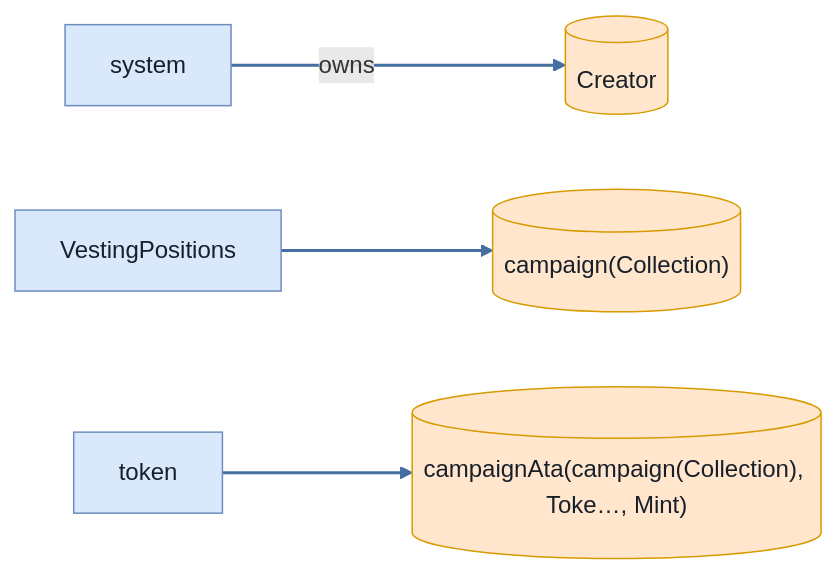
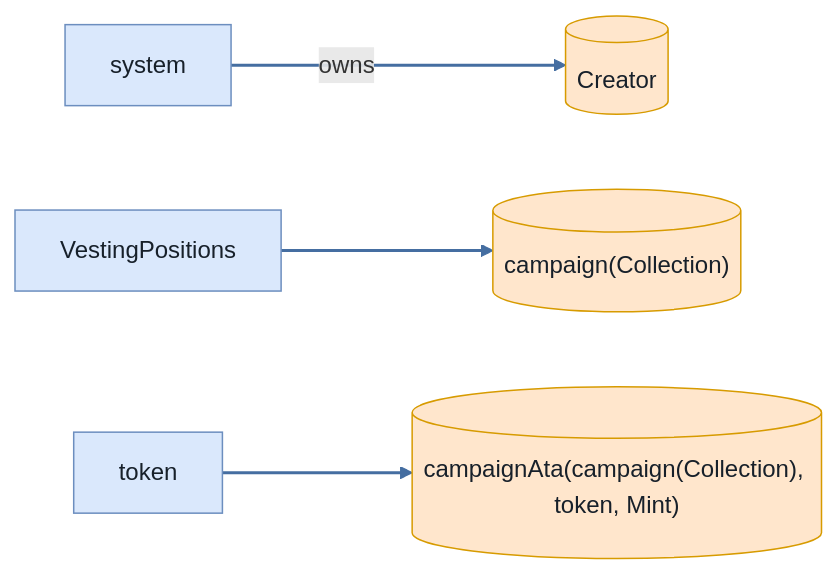
Before and after one commit to cds-turbin3/vesting-position: the sixth of 6 diagrams in babelfish-tests/test-report/close_campaign_fails_when_vault_not_empty.md, drawn with Mermaid. The commit also changed other lines of this file and 104 other files, not shown here.

````diff
--- a/babelfish-tests/test-report/close_campaign_fails_when_vault_not_empty.md
+++ b/babelfish-tests/test-report/close_campaign_fails_when_vault_not_empty.md
@@ -232,16 +232,16 @@
 ```mermaid
 flowchart LR
     system["system"]:::program
     Creator[("Creator")]:::state
     VestingPositions["VestingPositions"]:::program
     campaignCollection[("campaign(Collection)")]:::state
     token["token"]:::program
-    campaignAtacampaignCollectionTokeMint[("campaignAta(campaign(Collection), Toke…, Mint)")]:::state
+    campaignAtacampaignCollectiontokenMint[("campaignAta(campaign(Collection), token, Mint)")]:::state
     system -->|owns| Creator
     VestingPositions --> campaignCollection
-    token --> campaignAtacampaignCollectionTokeMint
+    token --> campaignAtacampaignCollectiontokenMint
     classDef program fill:#dae8fc,stroke:#6c8ebf,color:#17202a;
     classDef signer fill:#d5e8d4,stroke:#82b366,color:#17202a;
     classDef state fill:#ffe6cc,stroke:#d79b00,color:#17202a;
     linkStyle 0,1,2 stroke:#456ea1,stroke-width:2px
 ```
````
